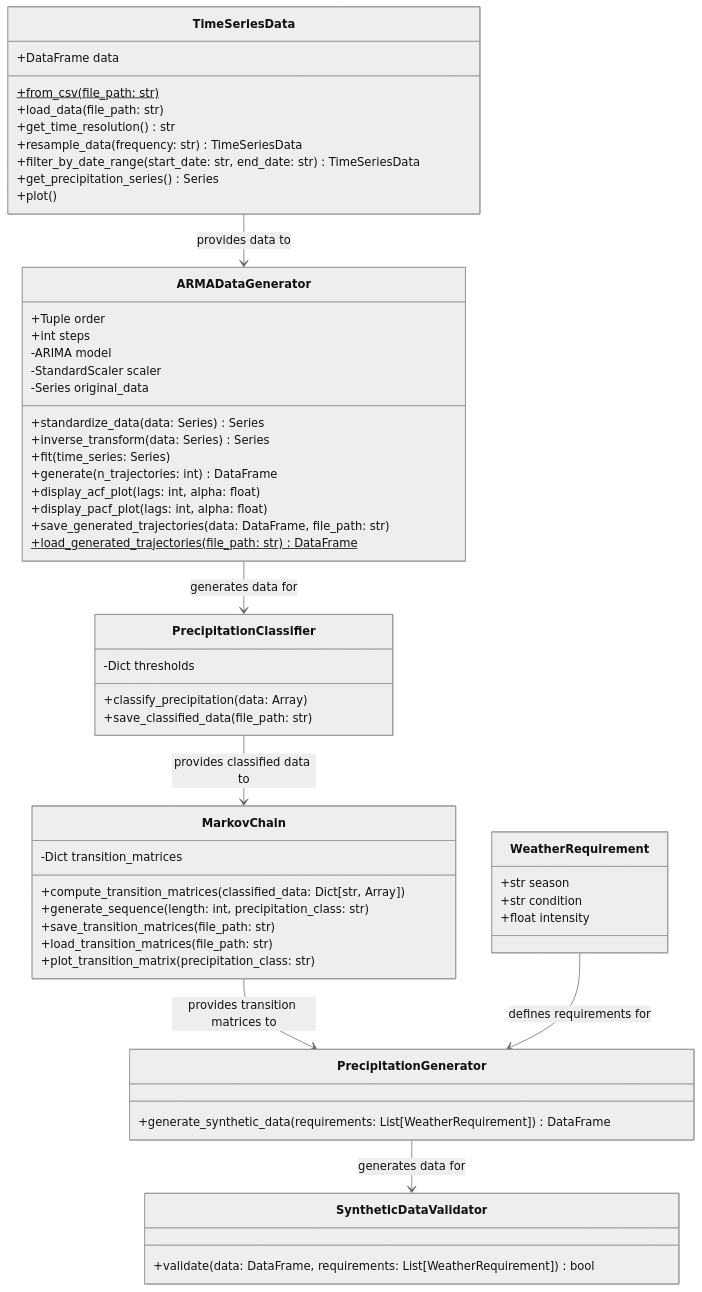
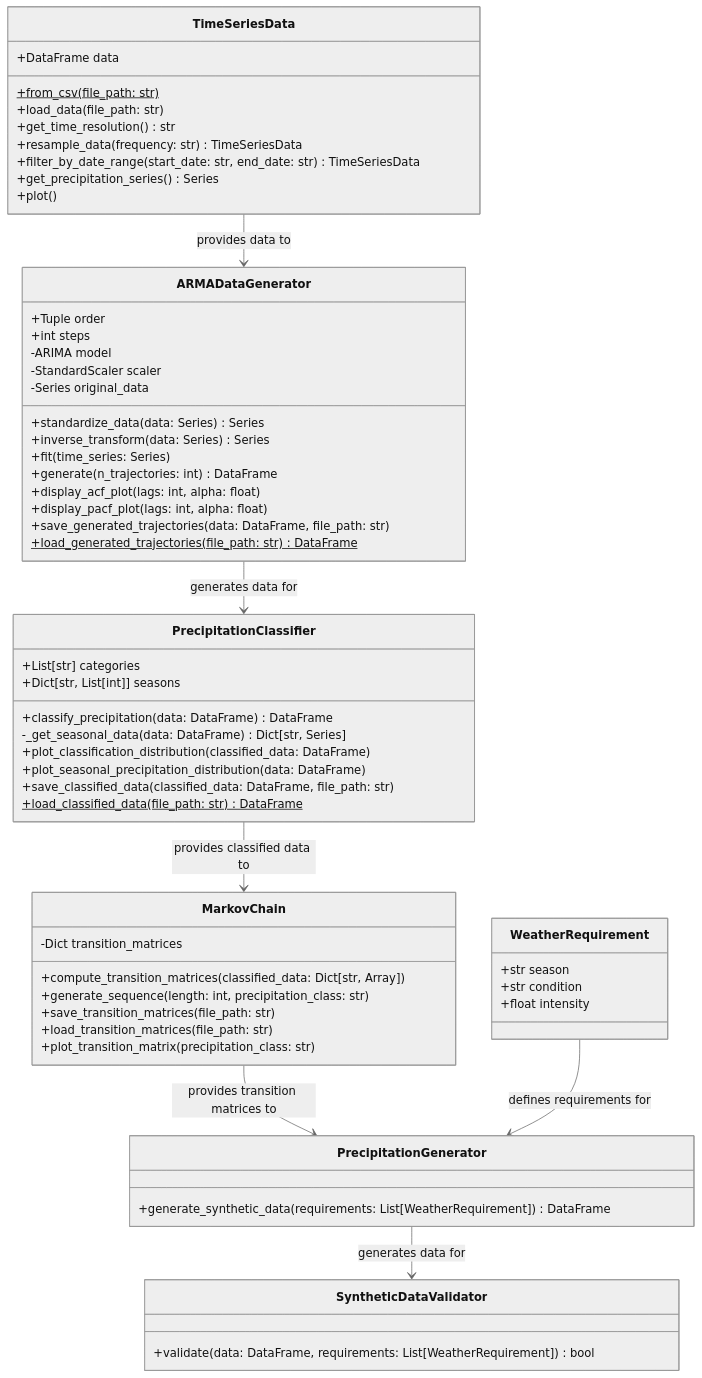
One commit to CooperBigFoot/precipitation-generator changed the diagram in diagram.md. Above: the diagram before and after it, drawn with Mermaid (neutral theme).

Commit message:
update PrecipitationClassifier class

````diff
--- a/diagram.md
+++ b/diagram.md
@@ -2,65 +2,70 @@
 ```mermaid
 classDiagram
     class TimeSeriesData {
         +DataFrame data
         +from_csv(file_path: str)$
         +load_data(file_path: str)
         +get_time_resolution() str
         +resample_data(frequency: str) TimeSeriesData
         +filter_by_date_range(start_date: str, end_date: str) TimeSeriesData
         +get_precipitation_series() Series
         +plot()
     }
 
     class ARMADataGenerator {
         +Tuple order
         +int steps
         -ARIMA model
         -StandardScaler scaler
         -Series original_data
         +standardize_data(data: Series) Series
         +inverse_transform(data: Series) Series
         +fit(time_series: Series)
         +generate(n_trajectories: int) DataFrame
         +display_acf_plot(lags: int, alpha: float)
         +display_pacf_plot(lags: int, alpha: float)
         +save_generated_trajectories(data: DataFrame, file_path: str)
         +load_generated_trajectories(file_path: str)$ DataFrame
     }
 
     class PrecipitationClassifier {
-        -Dict thresholds
-        +classify_precipitation(data: Array)
-        +save_classified_data(file_path: str)
+        +List[str] categories
+        +Dict[str, List[int]] seasons
+        +classify_precipitation(data: DataFrame) DataFrame
+        -_get_seasonal_data(data: DataFrame) Dict[str, Series]
+        +plot_classification_distribution(classified_data: DataFrame)
+        +plot_seasonal_precipitation_distribution(data: DataFrame)
+        +save_classified_data(classified_data: DataFrame, file_path: str)
+        +load_classified_data(file_path: str)$ DataFrame
     }
 
     class MarkovChain {
         -Dict transition_matrices
         +compute_transition_matrices(classified_data: Dict[str, Array])
         +generate_sequence(length: int, precipitation_class: str)
         +save_transition_matrices(file_path: str)
         +load_transition_matrices(file_path: str)
         +plot_transition_matrix(precipitation_class: str)
     }
 
     class WeatherRequirement {
         +str season
         +str condition
         +float intensity
     }
 
     class SyntheticDataValidator {
         +validate(data: DataFrame, requirements: List[WeatherRequirement]) bool
     }
 
     class PrecipitationGenerator {
         +generate_synthetic_data(requirements: List[WeatherRequirement]) DataFrame
     }
 
     TimeSeriesData --> ARMADataGenerator: provides data to
     ARMADataGenerator --> PrecipitationClassifier: generates data for
     PrecipitationClassifier --> MarkovChain: provides classified data to
     MarkovChain --> PrecipitationGenerator: provides transition matrices to
     WeatherRequirement --> PrecipitationGenerator: defines requirements for
     PrecipitationGenerator --> SyntheticDataValidator: generates data for
 ```
````
